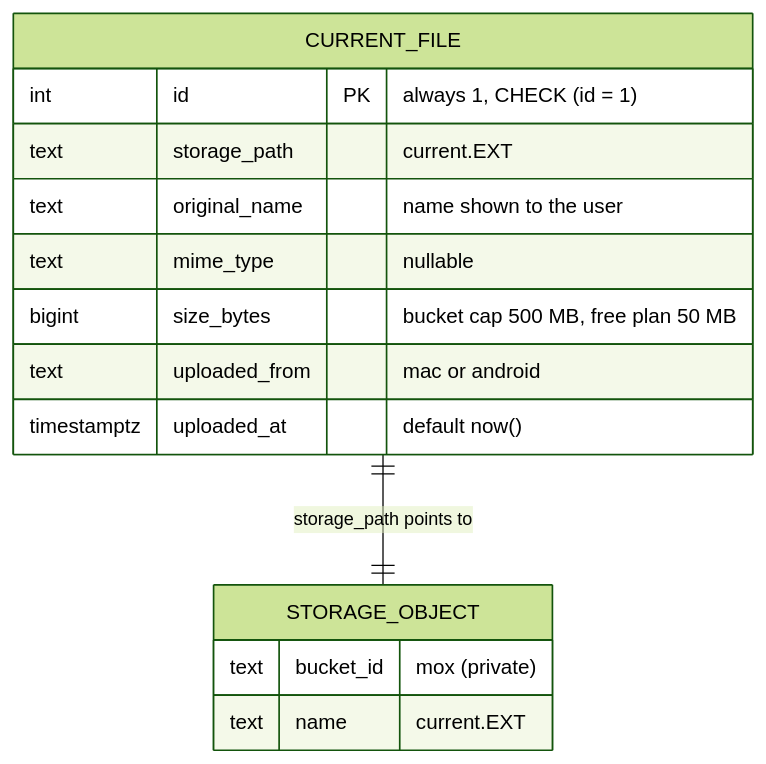
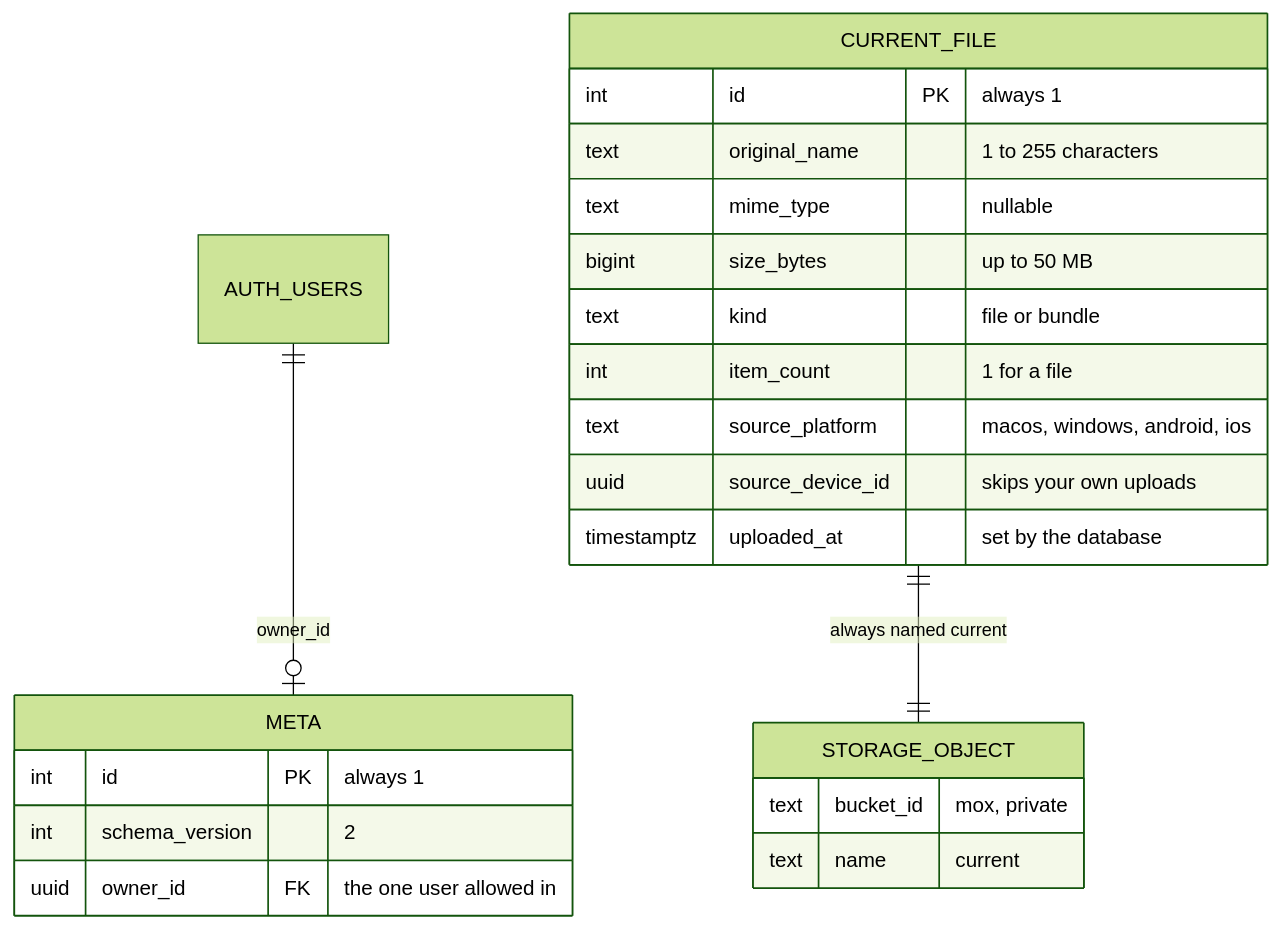
The first of 6 diagrams in docs/ARCHITECTURE.md (GiamSoo23/Mox), drawn with Mermaid (forest theme) before and after one commit. The commit also changed other lines of this file and 12 other files, not shown here.

First line of the commit message:
docs: README and architecture for the current app, and community files

````diff
--- a/docs/ARCHITECTURE.md
+++ b/docs/ARCHITECTURE.md
@@ -24,17 +25,25 @@
 ```mermaid
 erDiagram
-    CURRENT_FILE ||--|| STORAGE_OBJECT : "storage_path points to"
+    AUTH_USERS ||--o| META : "owner_id"
+    CURRENT_FILE ||--|| STORAGE_OBJECT : "always named current"
+    META {
+        int id PK "always 1"
+        int schema_version "2"
+        uuid owner_id FK "the one user allowed in"
+    }
     CURRENT_FILE {
-        int id PK "always 1, CHECK (id = 1)"
-        text storage_path "current.EXT"
-        text original_name "name shown to the user"
+        int id PK "always 1"
+        text original_name "1 to 255 characters"
         text mime_type "nullable"
-        bigint size_bytes "bucket cap 500 MB, free plan 50 MB"
-        text uploaded_from "mac or android"
-        timestamptz uploaded_at "default now()"
+        bigint size_bytes "up to 50 MB"
+        text kind "file or bundle"
+        int item_count "1 for a file"
+        text source_platform "macos, windows, android, ios"
+        uuid source_device_id "skips your own uploads"
+        timestamptz uploaded_at "set by the database"
     }
     STORAGE_OBJECT {
-        text bucket_id "mox (private)"
-        text name "current.EXT"
+        text bucket_id "mox, private"
+        text name "current"
     }
 ```
````
